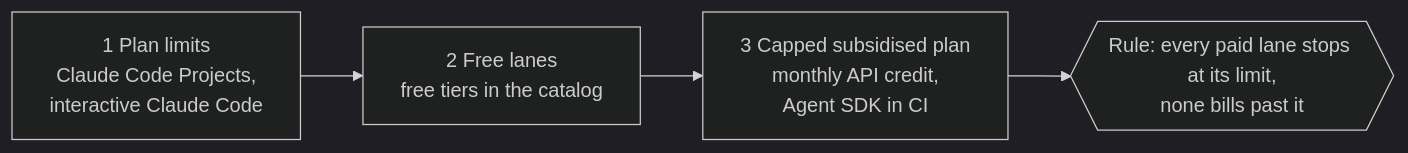
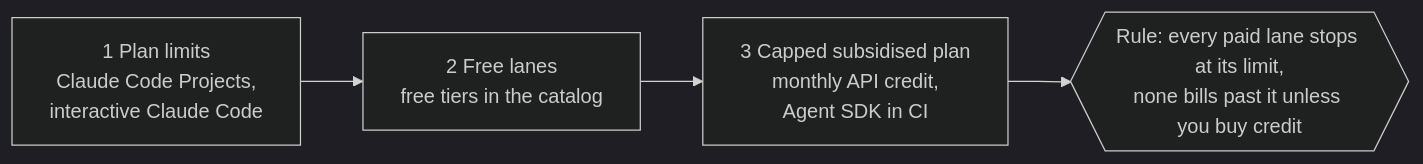
The diagram in guides/claude-code-projects.md (SoulCraft-Org/compute-crafter), drawn with Mermaid (dark theme) before and after one commit. The commit also changed other lines of this file and 1 other file, not shown here.

````diff
--- a/guides/claude-code-projects.md
+++ b/guides/claude-code-projects.md
@@ -5,6 +5,6 @@
 ```mermaid
 flowchart LR
   A[1 Plan limits<br/>Claude Code Projects,<br/>interactive Claude Code] --> B[2 Free lanes<br/>free tiers in the catalog]
   B --> C[3 Capped subsidised plan<br/>monthly API credit,<br/>Agent SDK in CI]
-  C --> R{{Rule: every paid lane stops at its limit,<br/>none bills past it}}
+  C --> R{{Rule: every paid lane stops at its limit,<br/>none bills past it unless you buy credit}}
 ```
````
